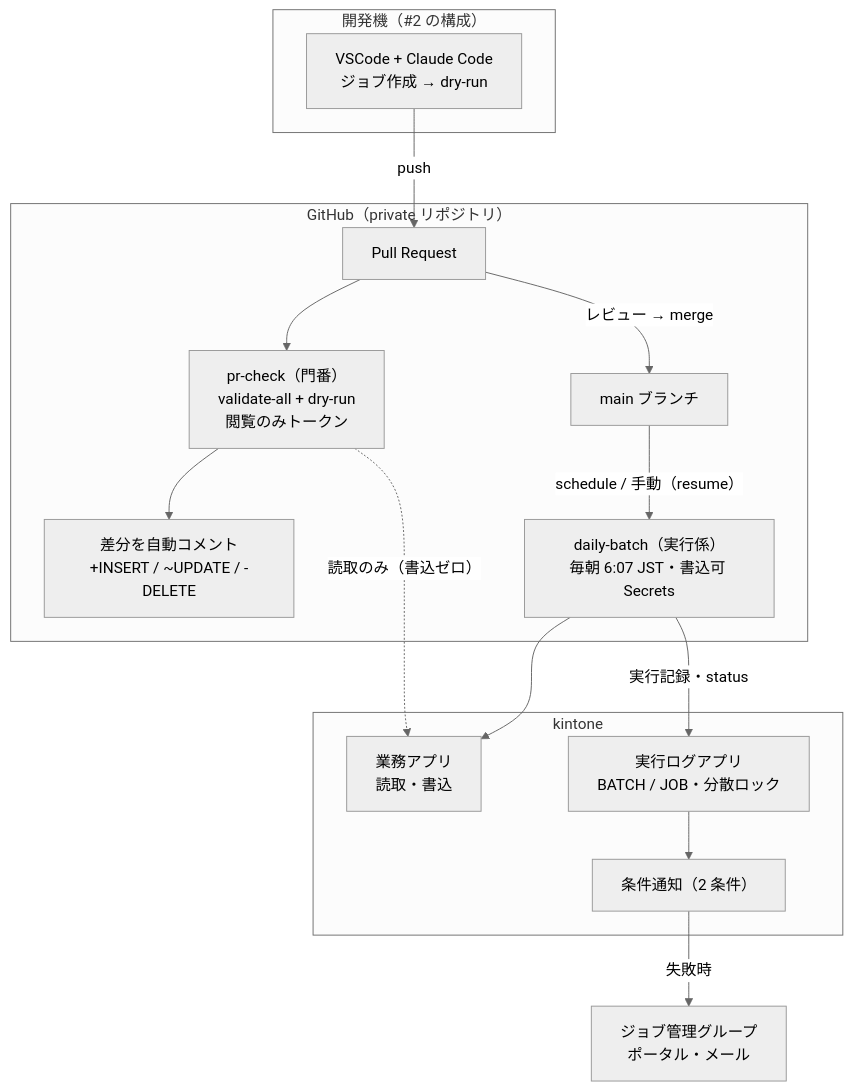
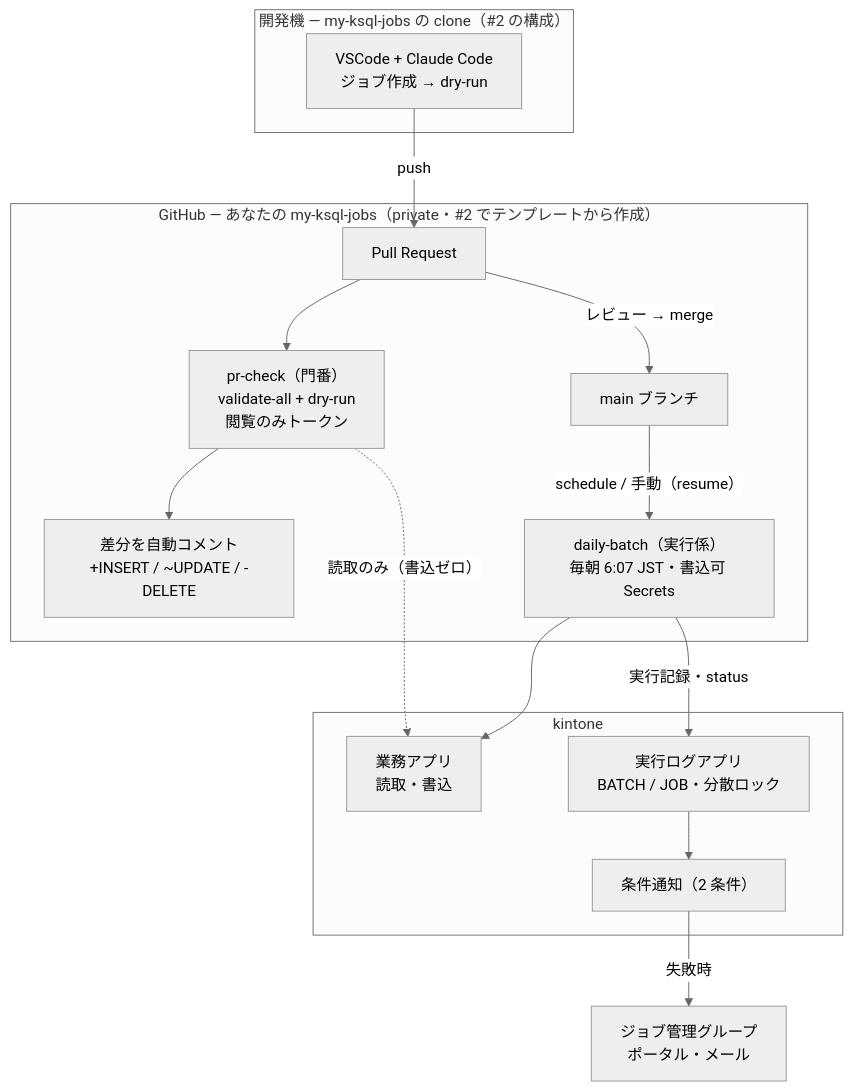
The diagram in docs/internal/qiita_draft_06_github_actions.md (rex0220/ksql-flow), drawn with Mermaid (neutral theme) before and after one commit. The commit also changed other lines of this file, not shown here.

Commit message:
docs: 記事 #6 構成図にリポジトリ名(my-ksql-jobs)を明示 — 登場リポジトリは 1 つだけであることをリード文にも追記

````diff
--- a/docs/internal/qiita_draft_06_github_actions.md
+++ b/docs/internal/qiita_draft_06_github_actions.md
@@ -34,29 +34,29 @@
 ```mermaid
 flowchart TB
-    subgraph dev["開発機（#2 の構成）"]
+    subgraph dev["開発機 — my-ksql-jobs の clone（#2 の構成）"]
         AI["VSCode + Claude Code<br>ジョブ作成 → dry-run"]
     end
-    subgraph gh["GitHub（private リポジトリ）"]
+    subgraph gh["GitHub — あなたの my-ksql-jobs（private・#2 でテンプレートから作成）"]
         PR["Pull Request"]
         CHK["pr-check（門番）<br>validate-all + dry-run<br>閲覧のみトークン"]
         CMT["差分を自動コメント<br>+INSERT / ~UPDATE / -DELETE"]
         MAIN["main ブランチ"]
         DB["daily-batch（実行係）<br>毎朝 6:07 JST・書込可 Secrets"]
         PR --> CHK --> CMT
         PR -->|"レビュー → merge"| MAIN
         MAIN -->|"schedule / 手動（resume）"| DB
     end
     subgraph kin["kintone"]
         APPS["業務アプリ<br>読取・書込"]
         LOG["実行ログアプリ<br>BATCH / JOB・分散ロック"]
         NTF["条件通知（2 条件）"]
         LOG --> NTF
     end
     GRP["ジョブ管理グループ<br>ポータル・メール"]
 
     AI -->|"push"| PR
     CHK -.->|"読取のみ（書込ゼロ）"| APPS
     DB --> APPS
     DB -->|"実行記録・status"| LOG
     NTF -->|"失敗時"| GRP
 ```
````
